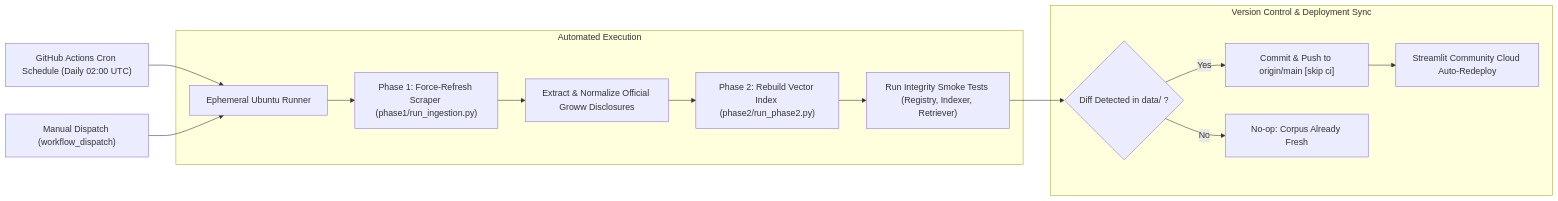
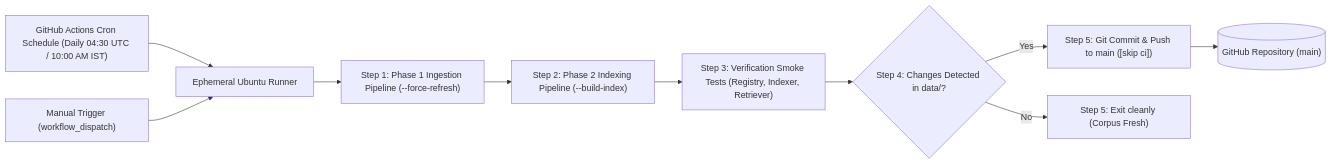
Before and after one commit to deeksha-v-hegde/RAG-Chatbot: the sixth of 6 diagrams in docs/architecture.md, drawn with Mermaid. The commit also changed other lines of this file and 2 other files, not shown here.

Commit message:
ci(scheduler): update cron to 10:00 AM IST and add missing dependencies to requirements.txt

````diff
--- a/docs/architecture.md
+++ b/docs/architecture.md
@@ -360,19 +360,12 @@
 ```mermaid
 flowchart LR
-    Cron["GitHub Actions Cron Schedule (Daily 02:00 UTC)"] --> Runner["Ephemeral Ubuntu Runner"]
-    Manual["Manual Dispatch (workflow_dispatch)"] --> Runner
-    
-    subgraph Ingestion_Job ["Automated Execution"]
-        Runner --> Fetch["Phase 1: Force-Refresh Scraper (phase1/run_ingestion.py)"]
-        Fetch --> Parse["Extract & Normalize Official Groww Disclosures"]
-        Parse --> Index["Phase 2: Rebuild Vector Index (phase2/run_phase2.py)"]
-        Index --> Tests["Run Integrity Smoke Tests (Registry, Indexer, Retriever)"]
-    end
-
-    subgraph Sync_Job ["Version Control & Deployment Sync"]
-        Tests --> Diff{"Diff Detected in data/ ?"}
-        Diff -- "Yes" --> Commit["Commit & Push to origin/main [skip ci]"]
-        Diff -- "No" --> Done["No-op: Corpus Already Fresh"]
-        Commit --> StreamlitCloud["Streamlit Community Cloud Auto-Redeploy"]
-    end
+    Cron["GitHub Actions Cron Schedule (Daily 04:30 UTC / 10:00 AM IST)"] --> Runner["Ephemeral Ubuntu Runner"]
+    Dispatch["Manual Trigger (workflow_dispatch)"] --> Runner
+    Runner --> Ingest["Step 1: Phase 1 Ingestion Pipeline (--force-refresh)"]
+    Ingest --> BuildIdx["Step 2: Phase 2 Indexing Pipeline (--build-index)"]
+    BuildIdx --> Tests["Step 3: Verification Smoke Tests (Registry, Indexer, Retriever)"]
+    Tests --> DiffCheck{"Step 4: Changes Detected in data/?"}
+    DiffCheck -- "Yes" --> GitCommit["Step 5: Git Commit & Push to main ([skip ci])"]
+    DiffCheck -- "No" --> Done["Step 5: Exit cleanly (Corpus Fresh)"]
+    GitCommit --> Repo[("GitHub Repository (main)")]
 ```
````
